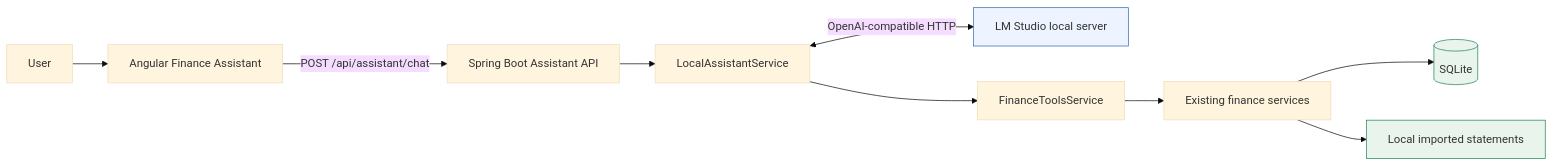
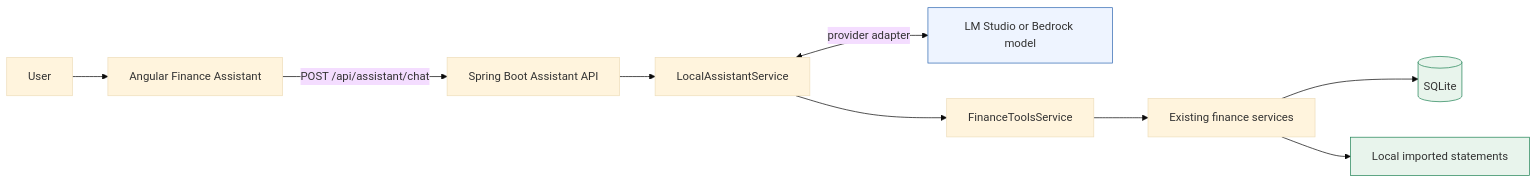
One commit to prprathikantam1991/personal-finance-tracker changed the first of 6 diagrams in docs/AI_ASSISTANT_ARCHITECTURE.md. Above: the diagram before and after it, drawn with Mermaid (base theme). The commit also changed other lines of this file and 10 other files, not shown here.

Commit message:
feat: add Bedrock Converse provider (#19)

````diff
--- a/docs/AI_ASSISTANT_ARCHITECTURE.md
+++ b/docs/AI_ASSISTANT_ARCHITECTURE.md
@@ -43,15 +44,15 @@
 ```mermaid
 flowchart LR
     U[User] --> UI[Angular Finance Assistant]
     UI -->|POST /api/assistant/chat| API[Spring Boot Assistant API]
     API --> ORCH[LocalAssistantService]
-    ORCH <-->|OpenAI-compatible HTTP| LM[LM Studio local server]
+    ORCH <-->|provider adapter| LM[LM Studio or Bedrock model]
     ORCH --> TOOLS[FinanceToolsService]
     TOOLS --> DOMAIN[Existing finance services]
     DOMAIN --> DB[(SQLite)]
     DOMAIN --> FILES[Local imported statements]
 
     style DB fill:#e8f4ec,stroke:#238457
     style FILES fill:#e8f4ec,stroke:#238457
     style LM fill:#eef4ff,stroke:#3169b3
 ```
````
